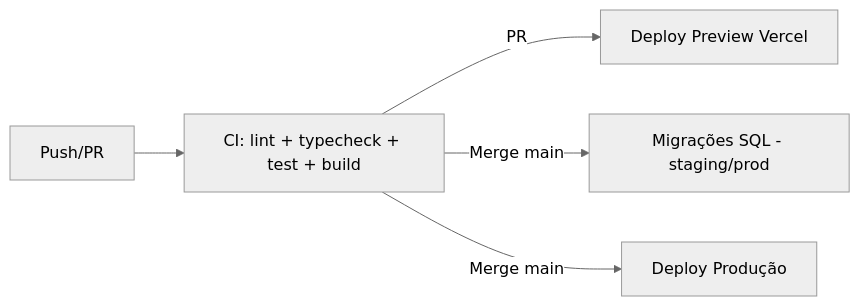
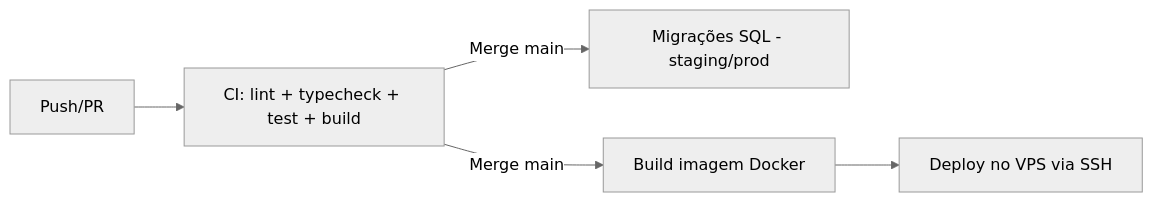
One commit to becotoyplataforma-lab/plataformadeestudo changed the diagram in docs/11-DEPLOYMENT.md. Above: the diagram before and after it, drawn with Mermaid (neutral theme). The commit also changed other lines of this file and 64 other files, not shown here.

Commit message:
fix: resolve critical schema security and webhook issues

````diff
--- a/docs/11-DEPLOYMENT.md
+++ b/docs/11-DEPLOYMENT.md
@@ -17,7 +22,7 @@
 ```mermaid
 flowchart LR
     Push[Push/PR] --> CI[CI: lint + typecheck + test + build]
-    CI -->|PR| Prev[Deploy Preview Vercel]
     CI -->|Merge main| Mig[Migrações SQL - staging/prod]
-    CI -->|Merge main| Prod[Deploy Produção]
+    CI -->|Merge main| Build[Build imagem Docker]
+    Build --> Deploy[Deploy no VPS via SSH]
 ```
````
